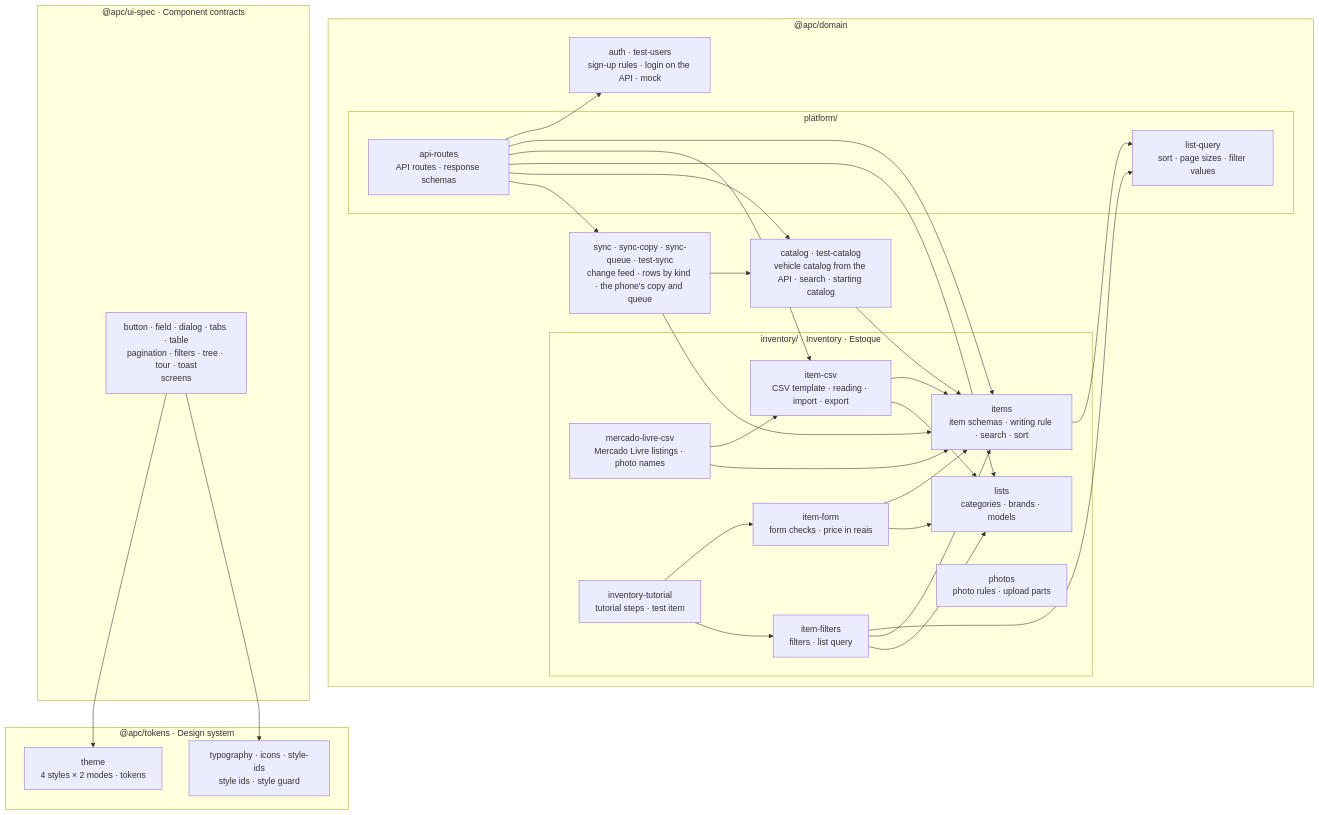
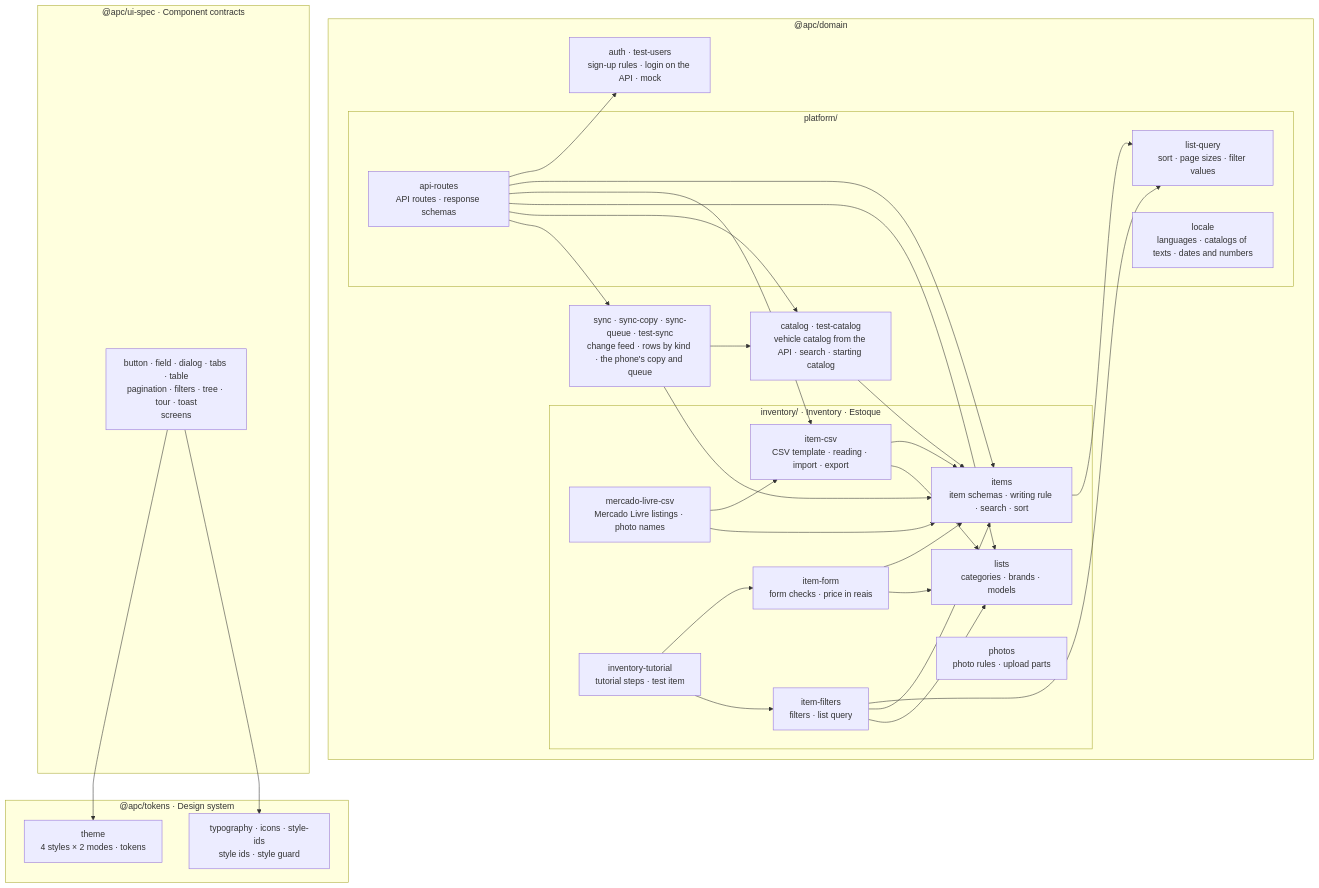
The second of 9 diagrams in docs/architecture.md (ChrisCamilo/apc-universal-repair), drawn with Mermaid before and after one commit. The commit also changed other lines of this file and 1 other file, not shown here.

Commit message:
docs: Say where the languages live in the domain and the apps

````diff
--- a/docs/architecture.md
+++ b/docs/architecture.md
@@ -53,52 +53,53 @@
 ```mermaid
 flowchart TB
     subgraph domain["@apc/domain"]
         subgraph inventory["inventory/ · Inventory · Estoque"]
             items["items<br/>item schemas · writing rule · search · sort"]
             itemForm["item-form<br/>form checks · price in reais"]
             itemFilters["item-filters<br/>filters · list query"]
             itemCsv["item-csv<br/>CSV template · reading · import · export"]
             mercadoLivreCsv["mercado-livre-csv<br/>Mercado Livre listings · photo names"]
             lists["lists<br/>categories · brands · models"]
             photos["photos<br/>photo rules · upload parts"]
             tutorial["inventory-tutorial<br/>tutorial steps · test item"]
         end
         auth["auth · test-users<br/>sign-up rules · login on the API · mock"]
         catalog["catalog · test-catalog<br/>vehicle catalog from the API · search · starting catalog"]
         sync["sync · sync-copy · sync-queue · test-sync<br/>change feed · rows by kind · the phone's copy and queue"]
         subgraph platform["platform/"]
             apiRoutes["api-routes<br/>API routes · response schemas"]
             listQuery["list-query<br/>sort · page sizes · filter values"]
+            locale["locale<br/>languages · catalogs of texts · dates and numbers"]
         end
     end
     subgraph tokensPackage["@apc/tokens · Design system"]
         theme["theme<br/>4 styles × 2 modes · tokens"]
         styling["typography · icons · style-ids<br/>style ids · style guard"]
     end
     subgraph uiSpec["@apc/ui-spec · Component contracts"]
         rest["button · field · dialog · tabs · table<br/>pagination · filters · tree · tour · toast<br/>screens"]
     end
     rest --> theme
     rest --> styling
     items --> listQuery
     itemFilters --> listQuery
     itemForm --> items
     itemFilters --> items
     itemCsv --> items
     itemForm --> lists
     itemFilters --> lists
     itemCsv --> lists
     mercadoLivreCsv --> itemCsv
     mercadoLivreCsv --> items
     catalog --> items
     tutorial --> itemForm
     tutorial --> itemFilters
     apiRoutes --> auth
     apiRoutes --> items
     apiRoutes --> itemCsv
     apiRoutes --> lists
     apiRoutes --> catalog
     apiRoutes --> sync
     sync --> items
     sync --> catalog
 ```
````
